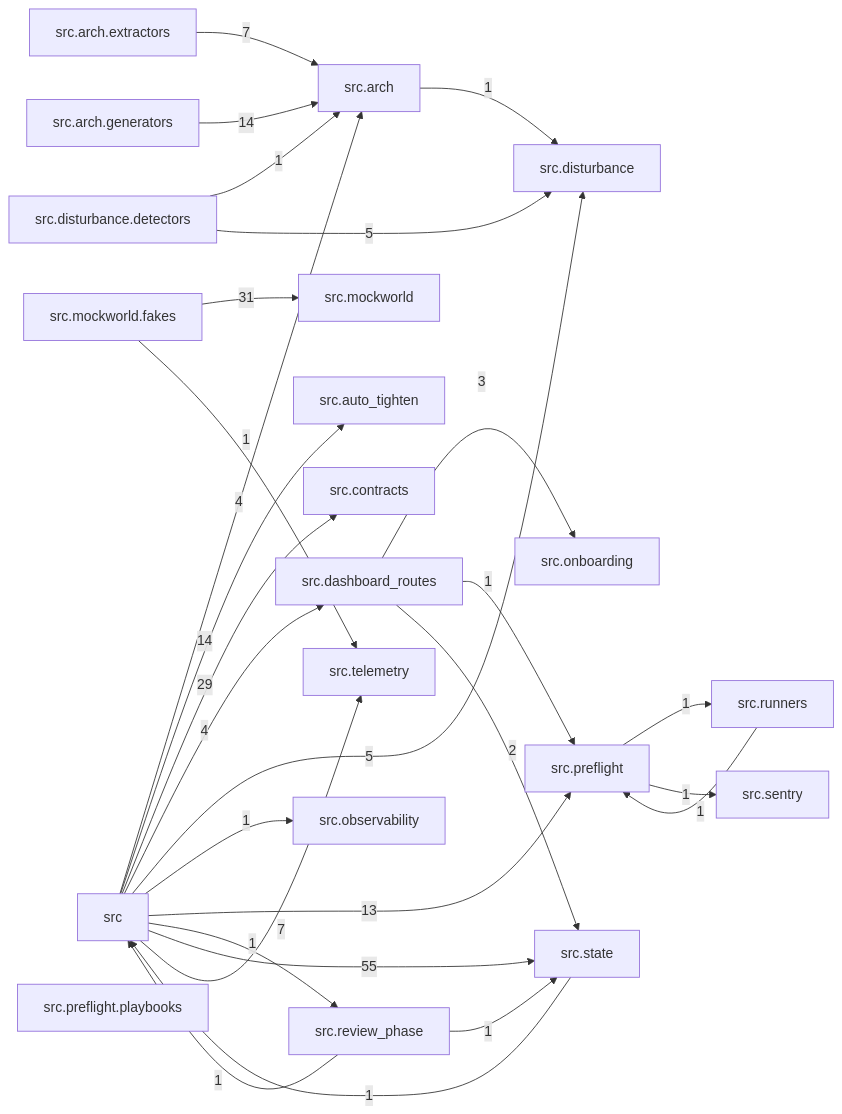
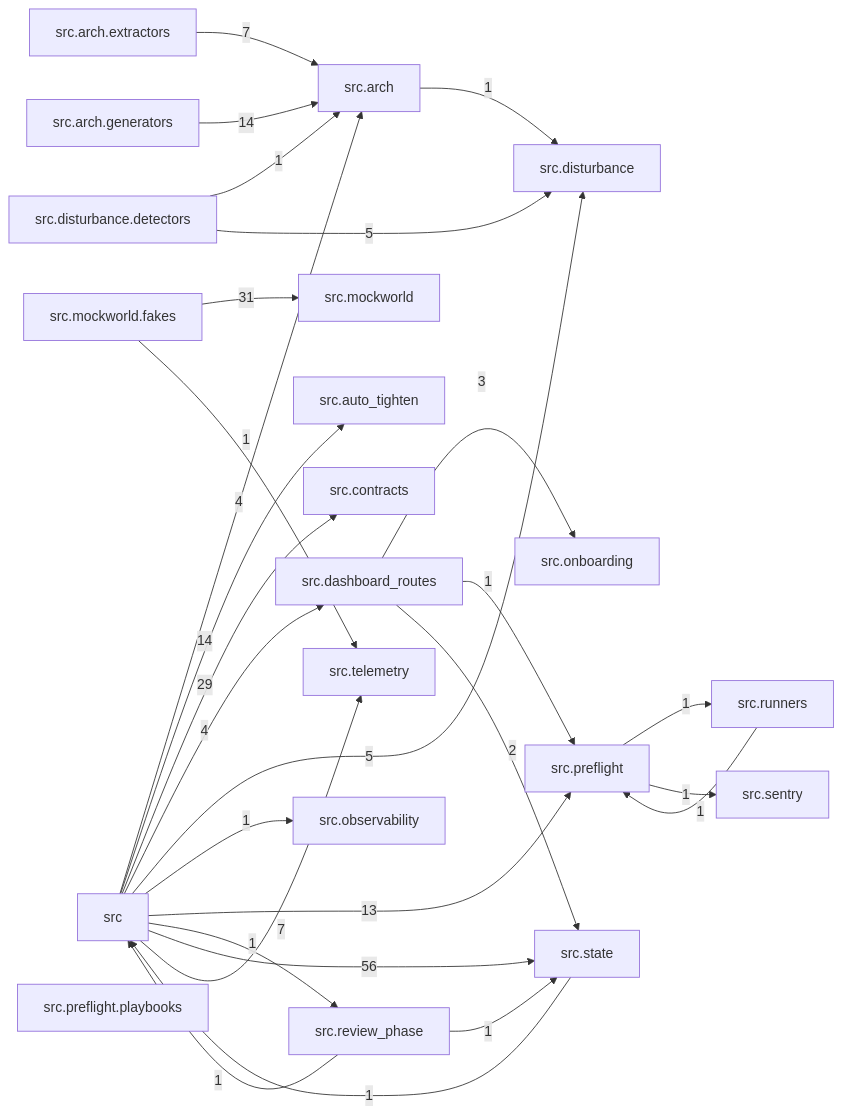
Before and after one commit to T-rav/hydraflow: the diagram in docs/arch/generated/modules.md, drawn with Mermaid. The commit also changed 9 other files, not shown here.

````diff
--- a/docs/arch/generated/modules.md
+++ b/docs/arch/generated/modules.md
@@ -7,49 +7,49 @@
 ```mermaid
 graph LR
     src["src"]
     src_arch["src.arch"]
     src_arch_extractors["src.arch.extractors"]
     src_arch_generators["src.arch.generators"]
     src_auto_tighten["src.auto_tighten"]
     src_contracts["src.contracts"]
     src_dashboard_routes["src.dashboard_routes"]
     src_disturbance["src.disturbance"]
     src_disturbance_detectors["src.disturbance.detectors"]
     src_mockworld["src.mockworld"]
     src_mockworld_fakes["src.mockworld.fakes"]
     src_observability["src.observability"]
     src_onboarding["src.onboarding"]
     src_preflight["src.preflight"]
     src_preflight_playbooks["src.preflight.playbooks"]
     src_review_phase["src.review_phase"]
     src_runners["src.runners"]
     src_sentry["src.sentry"]
     src_state["src.state"]
     src_telemetry["src.telemetry"]
     src -- "4" --> src_arch
     src -- "14" --> src_auto_tighten
     src -- "29" --> src_contracts
     src -- "4" --> src_dashboard_routes
     src -- "5" --> src_disturbance
     src -- "1" --> src_observability
     src -- "13" --> src_preflight
     src -- "1" --> src_review_phase
-    src -- "55" --> src_state
+    src -- "56" --> src_state
     src -- "7" --> src_telemetry
     src_arch -- "1" --> src_disturbance
     src_arch_extractors -- "7" --> src_arch
     src_arch_generators -- "14" --> src_arch
     src_dashboard_routes -- "3" --> src_onboarding
     src_dashboard_routes -- "1" --> src_preflight
     src_dashboard_routes -- "2" --> src_state
     src_disturbance_detectors -- "1" --> src_arch
     src_disturbance_detectors -- "5" --> src_disturbance
     src_mockworld_fakes -- "31" --> src_mockworld
     src_mockworld_fakes -- "1" --> src_telemetry
     src_preflight -- "1" --> src_runners
     src_preflight -- "1" --> src_sentry
     src_review_phase -- "1" --> src
     src_review_phase -- "1" --> src_state
     src_runners -- "1" --> src_preflight
     src_state -- "1" --> src
 ```
````
